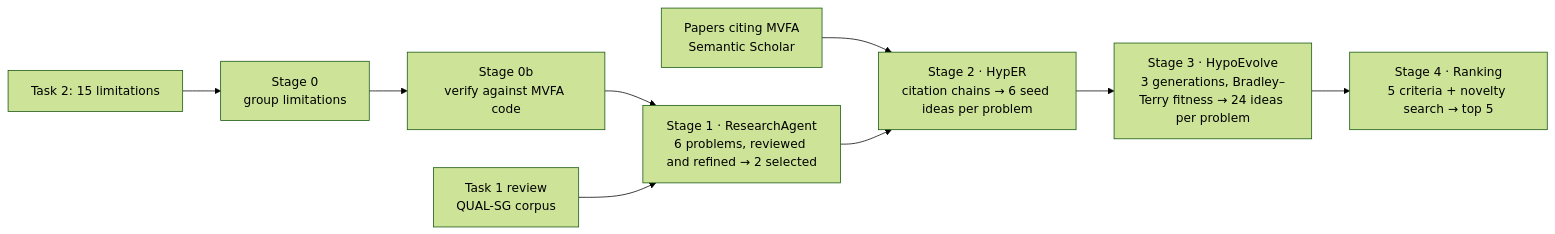
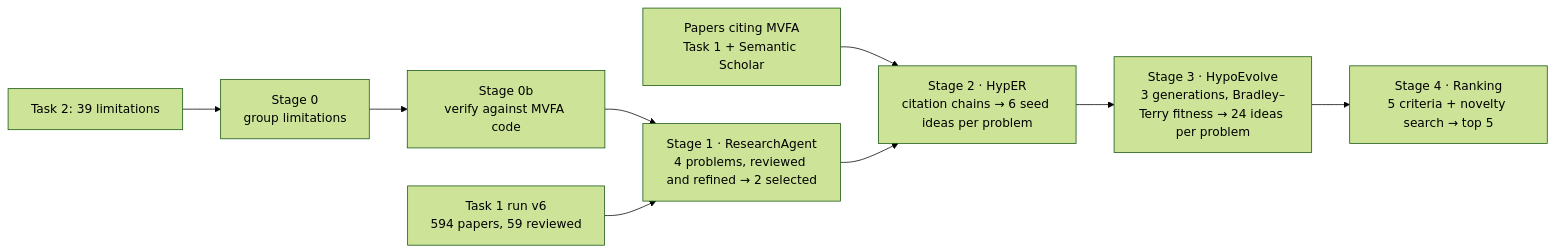
Before and after one commit to Divyam10113/Intro-to-LLMs: the diagram in task3/README.md, drawn with Mermaid (forest theme). The commit also changed other lines of this file and 1387 other files, not shown here.

Commit message:
Task 3: run 3 pipeline, Gemini re-judge, HypER Phi-3 checker

````diff
--- a/task3/README.md
+++ b/task3/README.md
@@ -65,11 +69,11 @@
 ```mermaid
 flowchart LR
-    G[Task 2: 15 limitations] --> S0[Stage 0<br/>group limitations]
+    G[Task 2: 39 limitations] --> S0[Stage 0<br/>group limitations]
     S0 --> S0b[Stage 0b<br/>verify against MVFA code]
-    S0b --> S1[Stage 1 · ResearchAgent<br/>6 problems, reviewed and refined → 2 selected]
-    L[Task 1 review<br/>QUAL-SG corpus] --> S1
-    C[Papers citing MVFA<br/>Semantic Scholar] --> S2
+    S0b --> S1[Stage 1 · ResearchAgent<br/>4 problems, reviewed and refined → 2 selected]
+    L[Task 1 run v6<br/>594 papers, 59 reviewed] --> S1
+    C[Papers citing MVFA<br/>Task 1 + Semantic Scholar] --> S2
     S1 --> S2[Stage 2 · HypER<br/>citation chains → 6 seed ideas per problem]
     S2 --> S3[Stage 3 · HypoEvolve<br/>3 generations, Bradley–Terry fitness → 24 ideas per problem]
     S3 --> S4[Stage 4 · Ranking<br/>5 criteria + novelty search → top 5]
 ```
````
